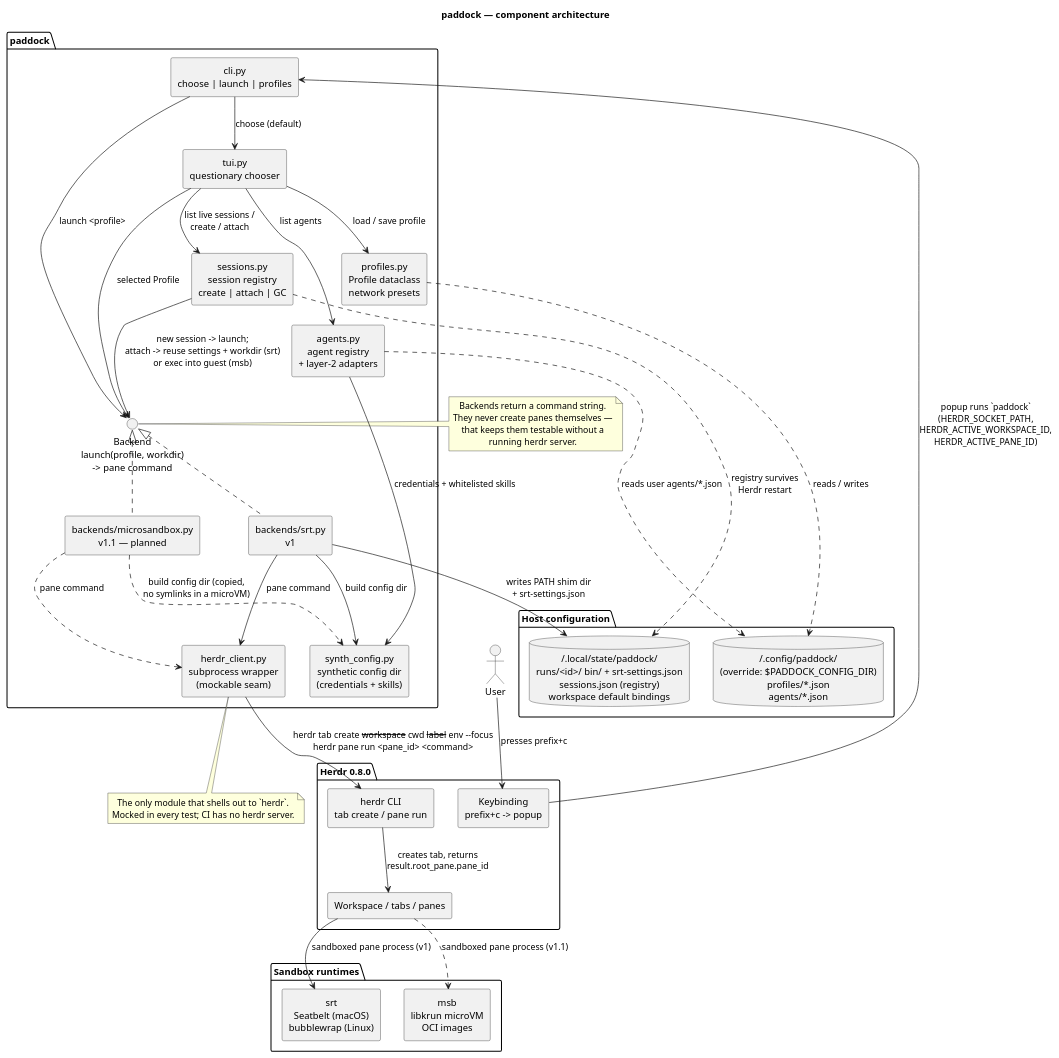
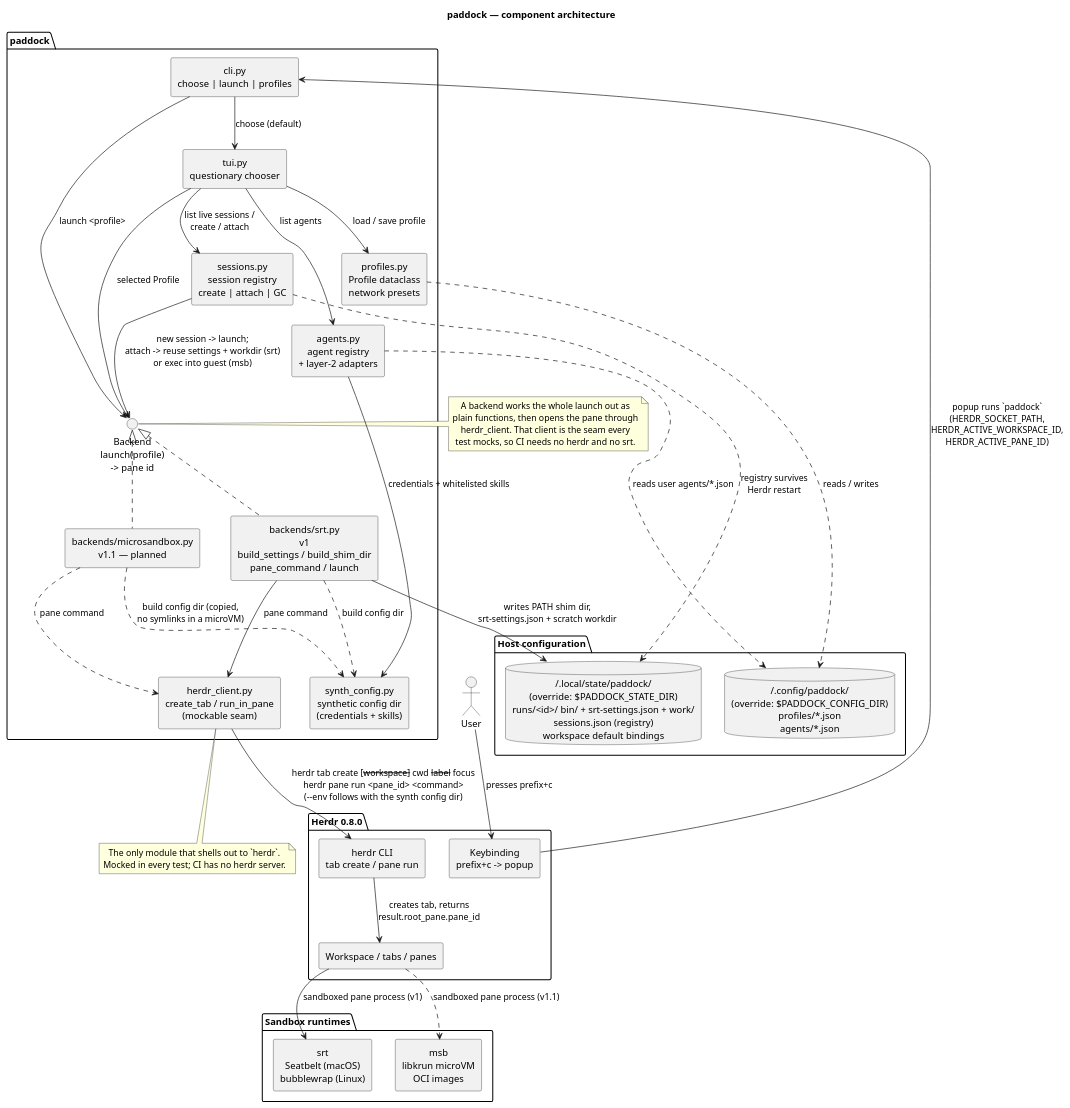
Before and after one commit to paddock-sh/paddock: the diagram in docs/diagrams/architecture.puml, drawn with PlantUML. The commit also changed 14 other files, not shown here.

First line of the commit message:
[sandbox_core_launcher] herdr client and srt backend (#2)

```diff
--- a/docs/diagrams/architecture.puml
+++ b/docs/diagrams/architecture.puml
@@ -1,79 +1,79 @@
 @startuml architecture
 title paddock — component architecture
 
 skinparam componentStyle rectangle
 skinparam shadowing false
 skinparam defaultTextAlignment center
 
 actor User
 
 package "Herdr 0.8.0" {
   [Keybinding\nprefix+c -> popup] as Keybinding
   [herdr CLI\ntab create / pane run] as HerdrCLI
   [Workspace / tabs / panes] as HerdrUI
 }
 
 package "paddock" {
   [cli.py\nchoose | launch | profiles] as CLI
   [tui.py\nquestionary chooser] as TUI
   [sessions.py\nsession registry\ncreate | attach | GC] as Sessions
   [profiles.py\nProfile dataclass\nnetwork presets] as Profiles
   [agents.py\nagent registry\n+ layer-2 adapters] as Agents
   [synth_config.py\nsynthetic config dir\n(credentials + skills)] as SynthConfig
-  interface "Backend\nlaunch(profile, workdir)\n-> pane command" as BackendAPI
-  [backends/srt.py\nv1] as SrtBackend
+  interface "Backend\nlaunch(profile)\n-> pane id" as BackendAPI
+  [backends/srt.py\nv1\nbuild_settings / build_shim_dir\npane_command / launch] as SrtBackend
   [backends/microsandbox.py\nv1.1 — planned] as MsbBackend
-  [herdr_client.py\nsubprocess wrapper\n(mockable seam)] as HerdrClient
+  [herdr_client.py\ncreate_tab / run_in_pane\n(mockable seam)] as HerdrClient
 }
 
 package "Host configuration" {
   database "~/.config/paddock/\n(override: $PADDOCK_CONFIG_DIR)\nprofiles/*.json\nagents/*.json" as ConfigFiles
-  database "~/.local/state/paddock/\nruns/<id>/ bin/ + srt-settings.json\nsessions.json (registry)\nworkspace default bindings" as RunDir
+  database "~/.local/state/paddock/\n(override: $PADDOCK_STATE_DIR)\nruns/<id>/ bin/ + srt-settings.json + work/\nsessions.json (registry)\nworkspace default bindings" as RunDir
 }
 
 package "Sandbox runtimes" {
   [srt\nSeatbelt (macOS)\nbubblewrap (Linux)] as Srt
   [msb\nlibkrun microVM\nOCI images] as Msb
 }
 
 User --> Keybinding : presses prefix+c
 Keybinding --> CLI : popup runs `paddock`\n(HERDR_SOCKET_PATH,\nHERDR_ACTIVE_WORKSPACE_ID,\nHERDR_ACTIVE_PANE_ID)
 CLI --> TUI : choose (default)
 TUI --> Profiles : load / save profile
 TUI --> Agents : list agents
 TUI --> Sessions : list live sessions /\ncreate / attach
 Sessions ..> RunDir : registry survives\nHerdr restart
 Profiles ..> ConfigFiles : reads / writes
 Agents ..> ConfigFiles : reads user agents/*.json
 
 TUI --> BackendAPI : selected Profile
 CLI --> BackendAPI : launch <profile>
 BackendAPI <|.. SrtBackend
 BackendAPI <|.. MsbBackend
 
-SrtBackend --> RunDir : writes PATH shim dir\n+ srt-settings.json
+SrtBackend --> RunDir : writes PATH shim dir,\nsrt-settings.json + scratch workdir
 Sessions --> BackendAPI : new session -> launch;\nattach -> reuse settings + workdir (srt)\nor exec into guest (msb)
-SrtBackend --> SynthConfig : build config dir
+SrtBackend ..> SynthConfig : build config dir
 MsbBackend ..> SynthConfig : build config dir (copied,\nno symlinks in a microVM)
 Agents --> SynthConfig : credentials + whitelisted skills
 
 SrtBackend --> HerdrClient : pane command
 MsbBackend ..> HerdrClient : pane command
-HerdrClient --> HerdrCLI : herdr tab create --workspace --cwd --label --env --focus\nherdr pane run <pane_id> <command>
+HerdrClient --> HerdrCLI : herdr tab create [--workspace] --cwd --label --focus\nherdr pane run <pane_id> <command>\n(--env follows with the synth config dir)
 HerdrCLI --> HerdrUI : creates tab, returns\nresult.root_pane.pane_id
 HerdrUI --> Srt : sandboxed pane process (v1)
 HerdrUI ..> Msb : sandboxed pane process (v1.1)
 
 note right of BackendAPI
-  Backends return a command string.
-  They never create panes themselves —
-  that keeps them testable without a
-  running herdr server.
+  A backend works the whole launch out as
+  plain functions, then opens the pane through
+  herdr_client. That client is the seam every
+  test mocks, so CI needs no herdr and no srt.
 end note
 
 note bottom of HerdrClient
   The only module that shells out to `herdr`.
   Mocked in every test; CI has no herdr server.
 end note
 
 @enduml
```
